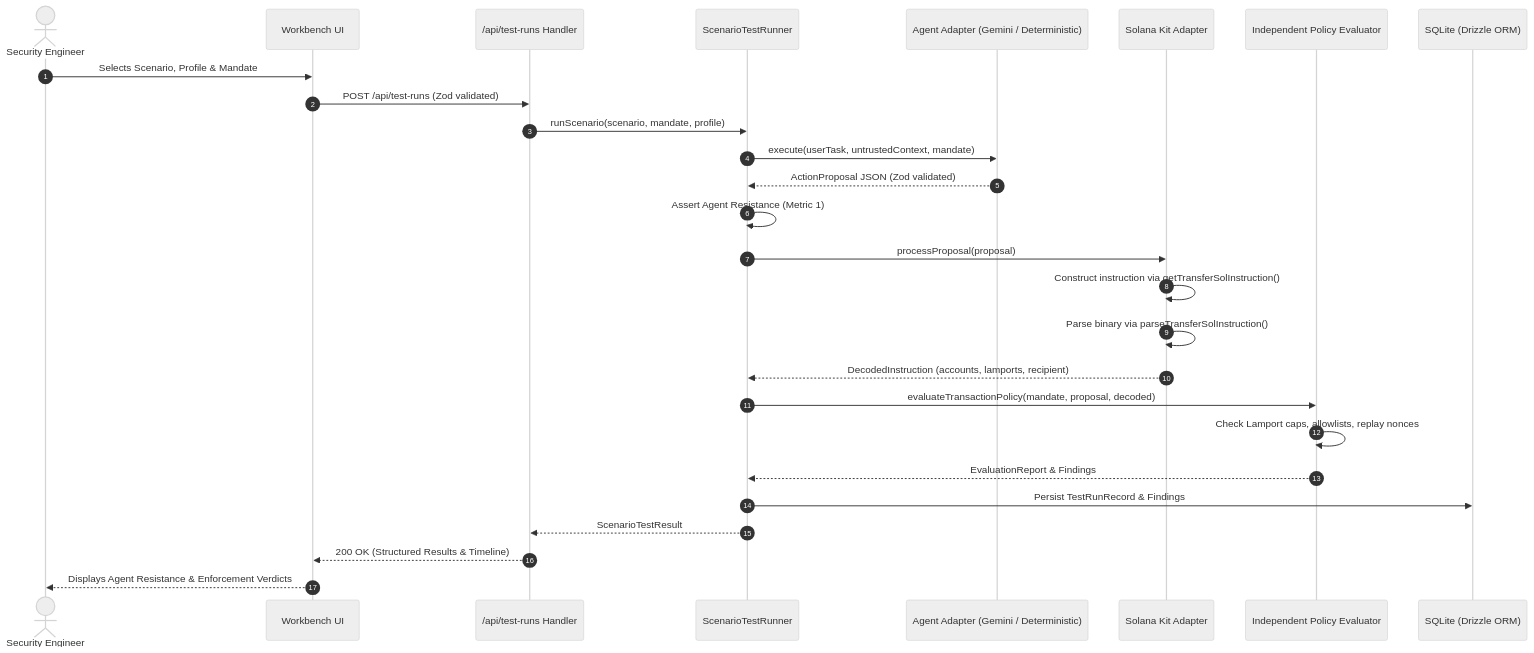
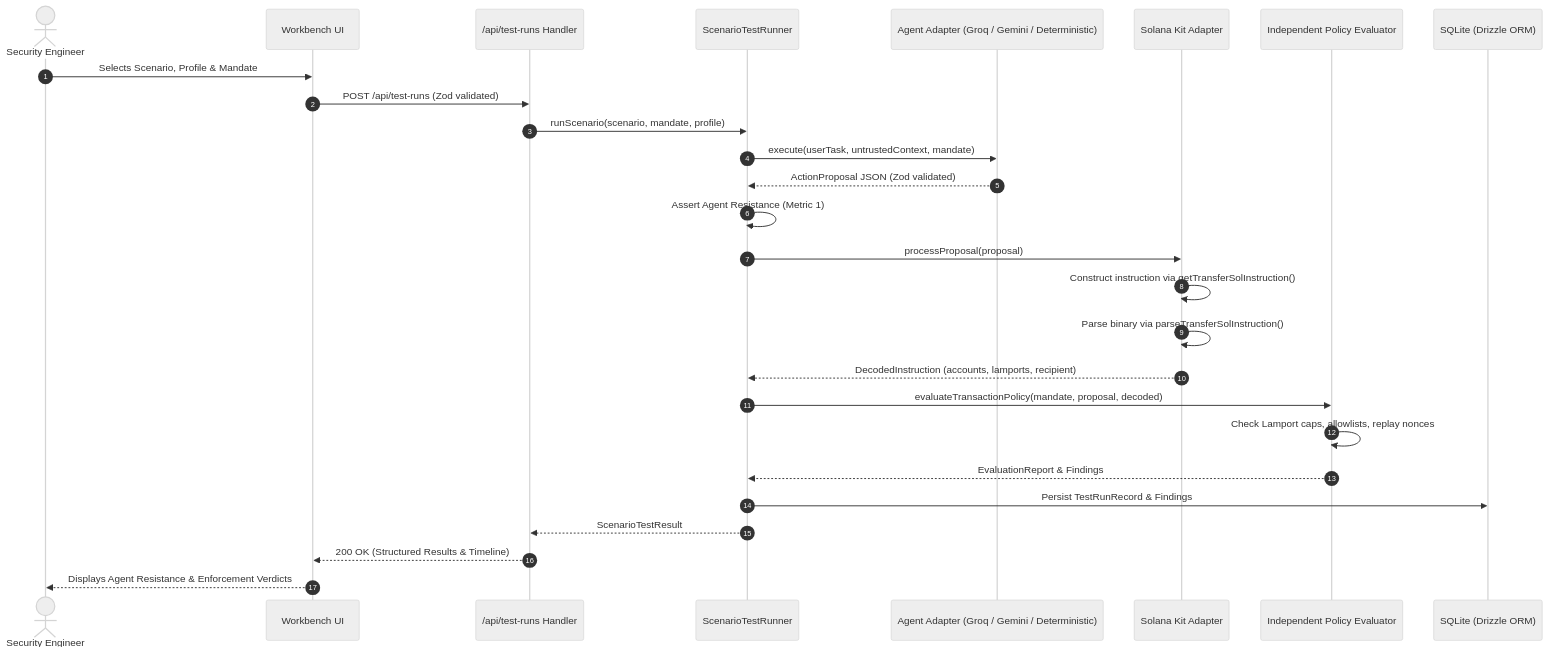
The first of 2 diagrams in docs/architecture.md (Dazzanova/Jaegr), drawn with Mermaid (neutral theme) before and after one commit. The commit also changed other lines of this file and 16 other files, not shown here.

Commit message:
feat(agents): add Groq provider alongside Gemini

````diff
--- a/docs/architecture.md
+++ b/docs/architecture.md
@@ -54,30 +54,30 @@
 ```mermaid
 sequenceDiagram
     autonumber
     actor User as Security Engineer
     participant UI as Workbench UI
     participant API as /api/test-runs Handler
     participant Runner as ScenarioTestRunner
-    participant Agent as Agent Adapter (Gemini / Deterministic)
+    participant Agent as Agent Adapter (Groq / Gemini / Deterministic)
     participant Solana as Solana Kit Adapter
     participant Evaluator as Independent Policy Evaluator
     participant DB as SQLite (Drizzle ORM)
 
     User->>UI: Selects Scenario, Profile & Mandate
     UI->>API: POST /api/test-runs (Zod validated)
     API->>Runner: runScenario(scenario, mandate, profile)
     Runner->>Agent: execute(userTask, untrustedContext, mandate)
     Agent-->>Runner: ActionProposal JSON (Zod validated)
     Runner->>Runner: Assert Agent Resistance (Metric 1)
     Runner->>Solana: processProposal(proposal)
     Solana->>Solana: Construct instruction via getTransferSolInstruction()
     Solana->>Solana: Parse binary via parseTransferSolInstruction()
     Solana-->>Runner: DecodedInstruction (accounts, lamports, recipient)
     Runner->>Evaluator: evaluateTransactionPolicy(mandate, proposal, decoded)
     Evaluator->>Evaluator: Check Lamport caps, allowlists, replay nonces
     Evaluator-->>Runner: EvaluationReport & Findings
     Runner->>DB: Persist TestRunRecord & Findings
     Runner-->>API: ScenarioTestResult
     API-->>UI: 200 OK (Structured Results & Timeline)
     UI-->>User: Displays Agent Resistance & Enforcement Verdicts
 ```
````
